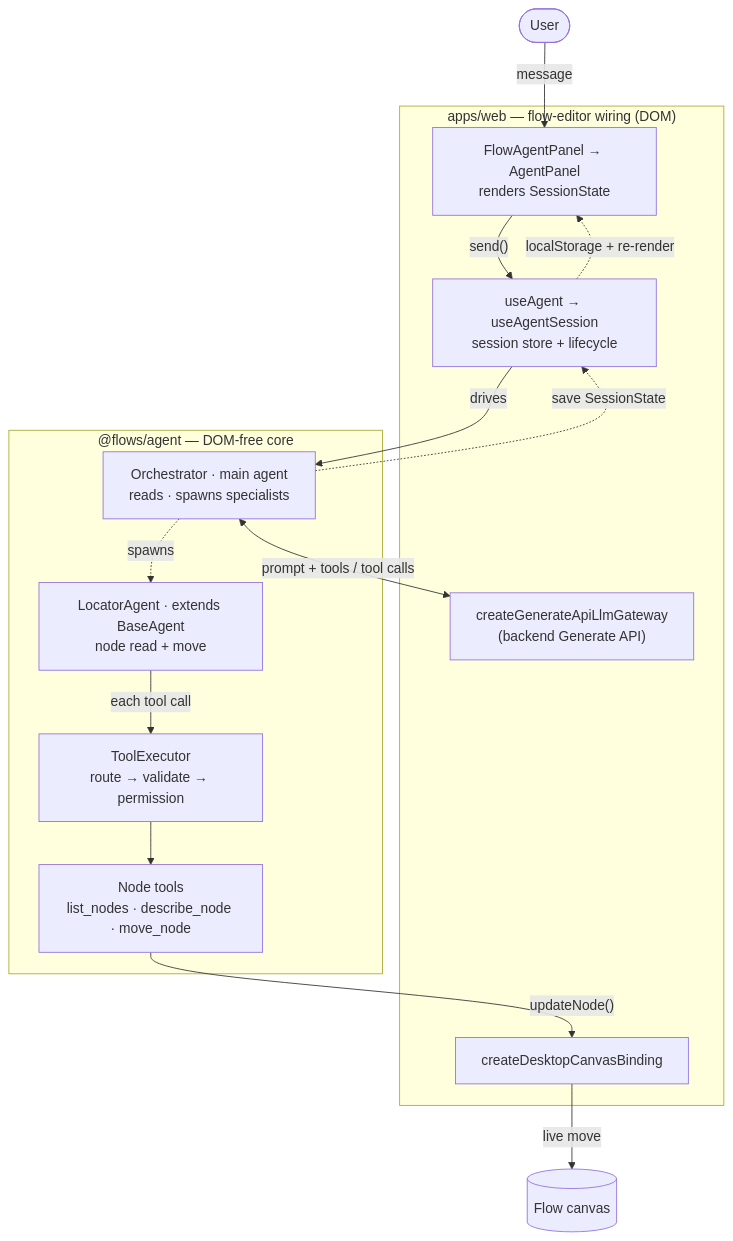
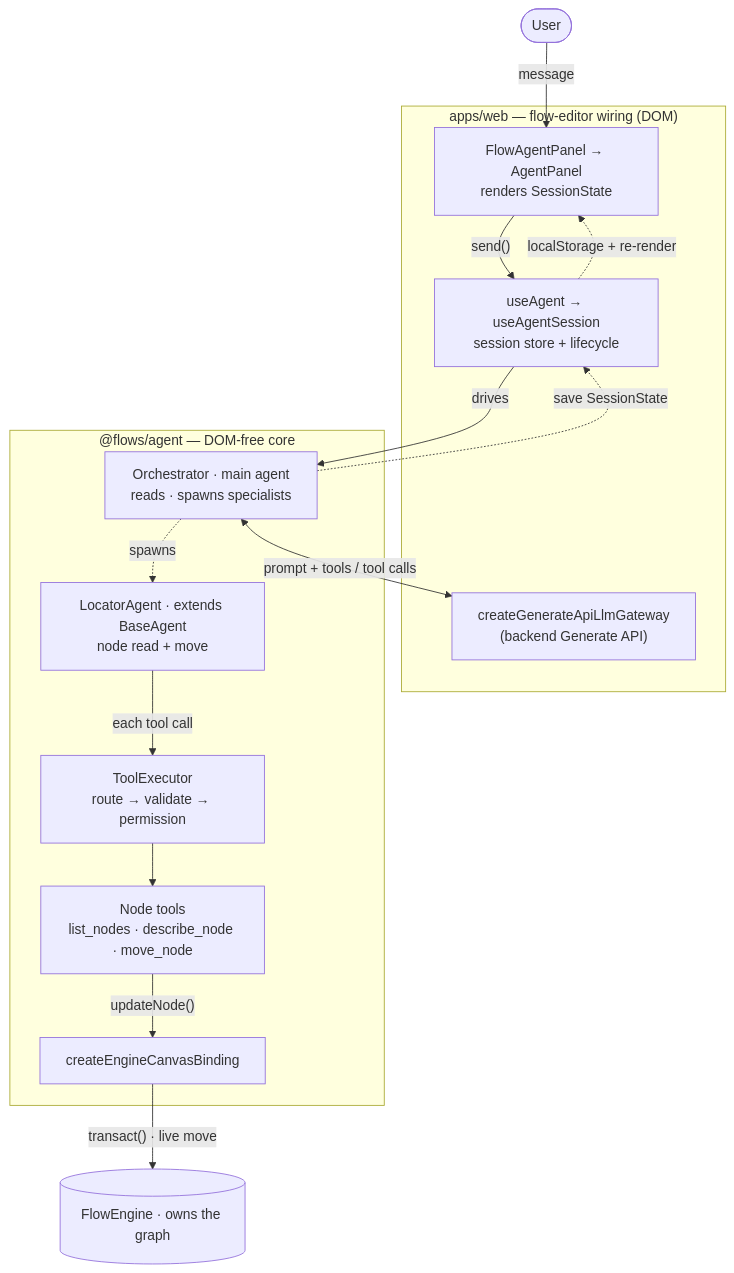
Before and after one commit to lemoncloud-io/eureka-flow: the diagram in docs/browser-agent/agents/locator.md, drawn with Mermaid. The commit also changed other lines of this file and 16 other files, not shown here.

First line of the commit message:
refactor(agent): bind the canvas seam to the engine, not the desktop canvas ref

````diff
--- a/docs/browser-agent/agents/locator.md
+++ b/docs/browser-agent/agents/locator.md
@@ -68,32 +68,32 @@
 ```mermaid
 flowchart TD
     User([User])
 
     subgraph app["apps/web — flow-editor wiring (DOM)"]
         Panel["FlowAgentPanel → AgentPanel<br/>renders SessionState"]
         Hook["useAgent → useAgentSession<br/>session store + lifecycle"]
         Gateway["createGenerateApiLlmGateway<br/>(backend Generate API)"]
-        DBinding["createDesktopCanvasBinding"]
     end
 
     subgraph lib["@flows/agent — DOM-free core"]
         Orchestrator["Orchestrator · main agent<br/>reads · spawns specialists"]
         Locator["LocatorAgent · extends BaseAgent<br/>node read + move"]
         Executor["ToolExecutor<br/>route → validate → permission"]
         Tools["Node tools<br/>list_nodes · describe_node · move_node"]
+        Binding["createEngineCanvasBinding"]
     end
 
-    Canvas[("Flow canvas")]
+    Canvas[("FlowEngine · owns the graph")]
 
     User -->|message| Panel
     Panel -->|"send()"| Hook
     Hook -->|drives| Orchestrator
     Orchestrator <-->|"prompt + tools / tool calls"| Gateway
     Orchestrator -.->|spawns| Locator
     Locator -->|each tool call| Executor
     Executor --> Tools
-    Tools -->|"updateNode()"| DBinding
-    DBinding -->|live move| Canvas
+    Tools -->|"updateNode()"| Binding
+    Binding -->|"transact() · live move"| Canvas
     Orchestrator -.->|save SessionState| Hook
     Hook -.->|"localStorage + re-render"| Panel
 ```
````
